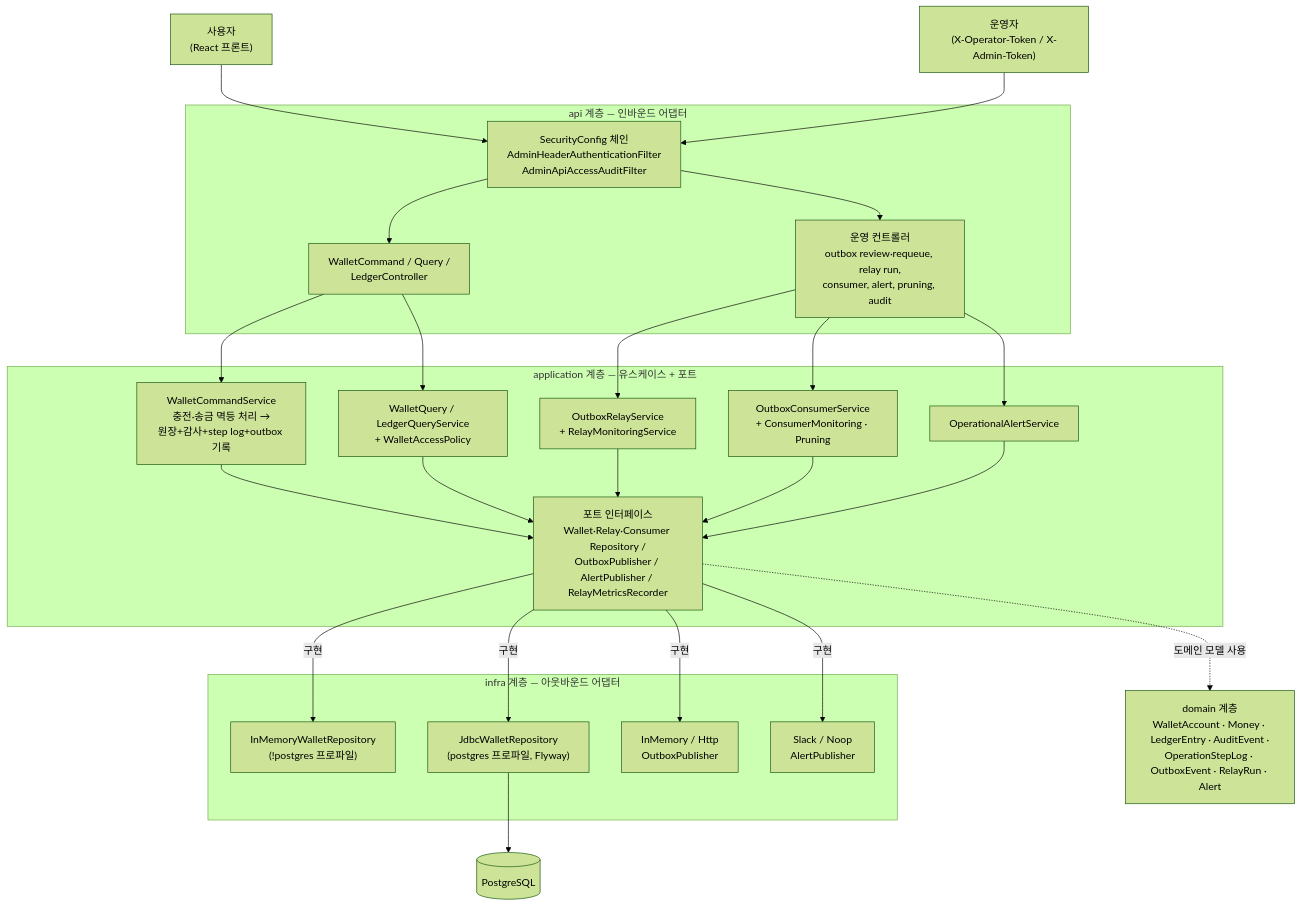
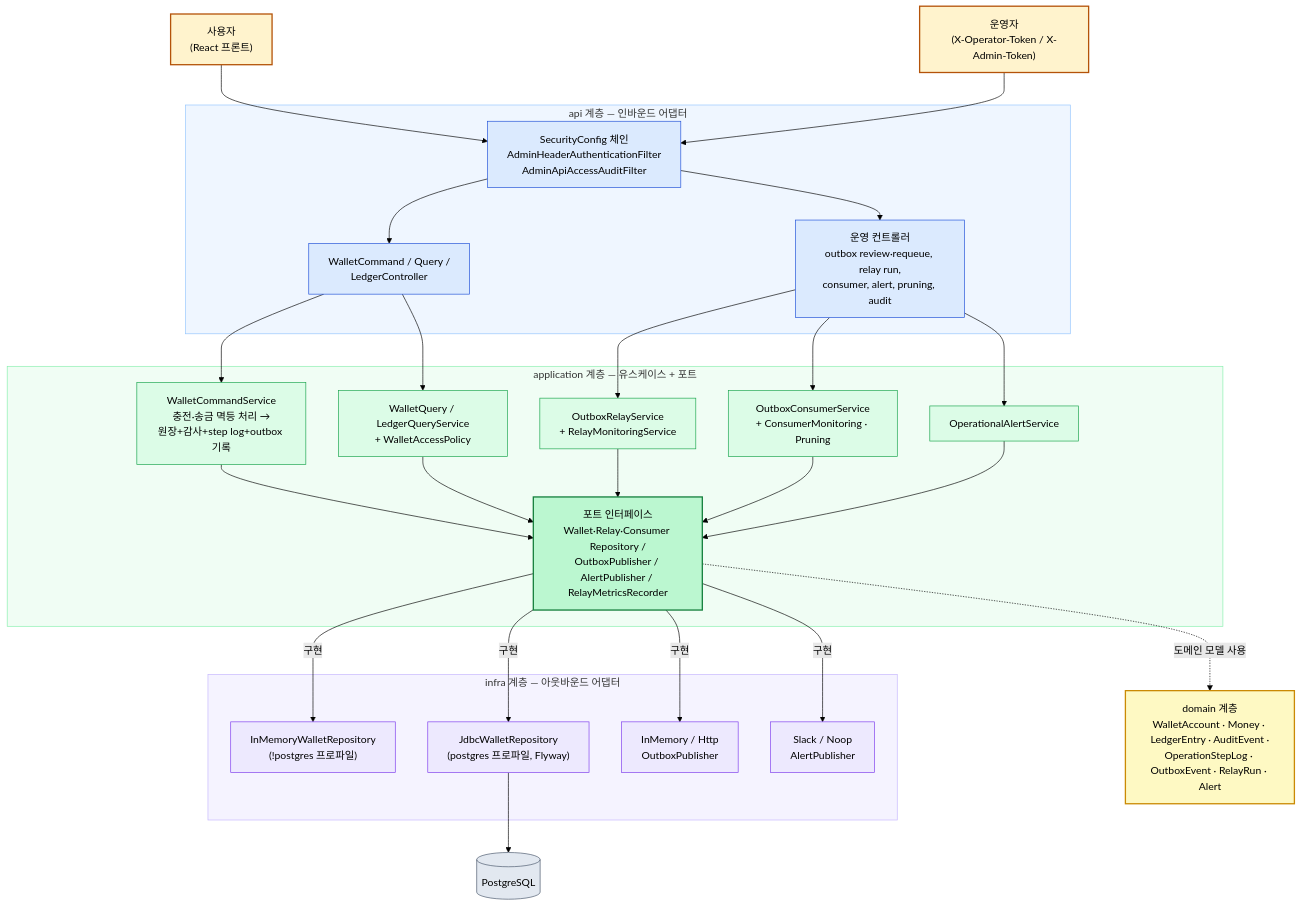
Before and after one commit to IMWoo94/ai-repo: the second of 3 diagrams in docs/development/architecture-diagrams.md, drawn with Mermaid (forest theme). The commit also changed other lines of this file, not shown here.

First line of the commit message:
docs: color-code architecture diagrams by component role

````diff
--- a/docs/development/architecture-diagrams.md
+++ b/docs/development/architecture-diagrams.md
@@ -61,55 +83,74 @@
 ```mermaid
 graph TB
     user["사용자<br/>(React 프론트)"]
     ops["운영자<br/>(X-Operator-Token / X-Admin-Token)"]
 
     subgraph API["api 계층 — 인바운드 어댑터"]
         sec["SecurityConfig 체인<br/>AdminHeaderAuthenticationFilter<br/>AdminApiAccessAuditFilter"]
         wapi["WalletCommand / Query /<br/>LedgerController"]
         oapi["운영 컨트롤러<br/>outbox review·requeue, relay run,<br/>consumer, alert, pruning, audit"]
     end
 
     subgraph APPL["application 계층 — 유스케이스 + 포트"]
         cmd["WalletCommandService<br/>충전·송금 멱등 처리 →<br/>원장+감사+step log+outbox 기록"]
         qry["WalletQuery / LedgerQueryService<br/>+ WalletAccessPolicy"]
         relay["OutboxRelayService<br/>+ RelayMonitoringService"]
         cons["OutboxConsumerService<br/>+ ConsumerMonitoring · Pruning"]
         alertsvc["OperationalAlertService"]
         ports["포트 인터페이스<br/>Wallet·Relay·Consumer Repository /<br/>OutboxPublisher / AlertPublisher / RelayMetricsRecorder"]
     end
 
     model["domain 계층<br/>WalletAccount · Money · LedgerEntry · AuditEvent ·<br/>OperationStepLog · OutboxEvent · RelayRun · Alert"]
 
     subgraph INFRA["infra 계층 — 아웃바운드 어댑터"]
         mem["InMemoryWalletRepository<br/>(!postgres 프로파일)"]
         jdbc["JdbcWalletRepository<br/>(postgres 프로파일, Flyway)"]
         pub["InMemory / Http<br/>OutboxPublisher"]
         slack["Slack / Noop<br/>AlertPublisher"]
     end
 
     db[("PostgreSQL")]
 
     user --> sec
     ops --> sec
     sec --> wapi
     sec --> oapi
 
     wapi --> cmd
     wapi --> qry
     oapi --> relay
     oapi --> cons
     oapi --> alertsvc
 
     cmd --> ports
     qry --> ports
     relay --> ports
     cons --> ports
     alertsvc --> ports
 
     ports -.->|도메인 모델 사용| model
     ports -->|구현| mem
     ports -->|구현| jdbc
     ports -->|구현| pub
     ports -->|구현| slack
     jdbc --> db
+
+    classDef actor fill:#fff3cd,stroke:#b45309,stroke-width:2px
+    classDef apiLayer fill:#dbeafe,stroke:#1d4ed8
+    classDef applLayer fill:#dcfce7,stroke:#16a34a
+    classDef portNode fill:#bbf7d0,stroke:#15803d,stroke-width:2px
+    classDef domainLayer fill:#fef9c3,stroke:#ca8a04,stroke-width:2px
+    classDef infraLayer fill:#ede9fe,stroke:#7c3aed
+    classDef storage fill:#e2e8f0,stroke:#475569
+
+    class user,ops actor
+    class sec,wapi,oapi apiLayer
+    class cmd,qry,relay,cons,alertsvc applLayer
+    class ports portNode
+    class model domainLayer
+    class mem,jdbc,pub,slack infraLayer
+    class db storage
+    style API fill:#eff6ff,stroke:#93c5fd
+    style APPL fill:#f0fdf4,stroke:#86efac
+    style INFRA fill:#f5f3ff,stroke:#c4b5fd
 ```
````
